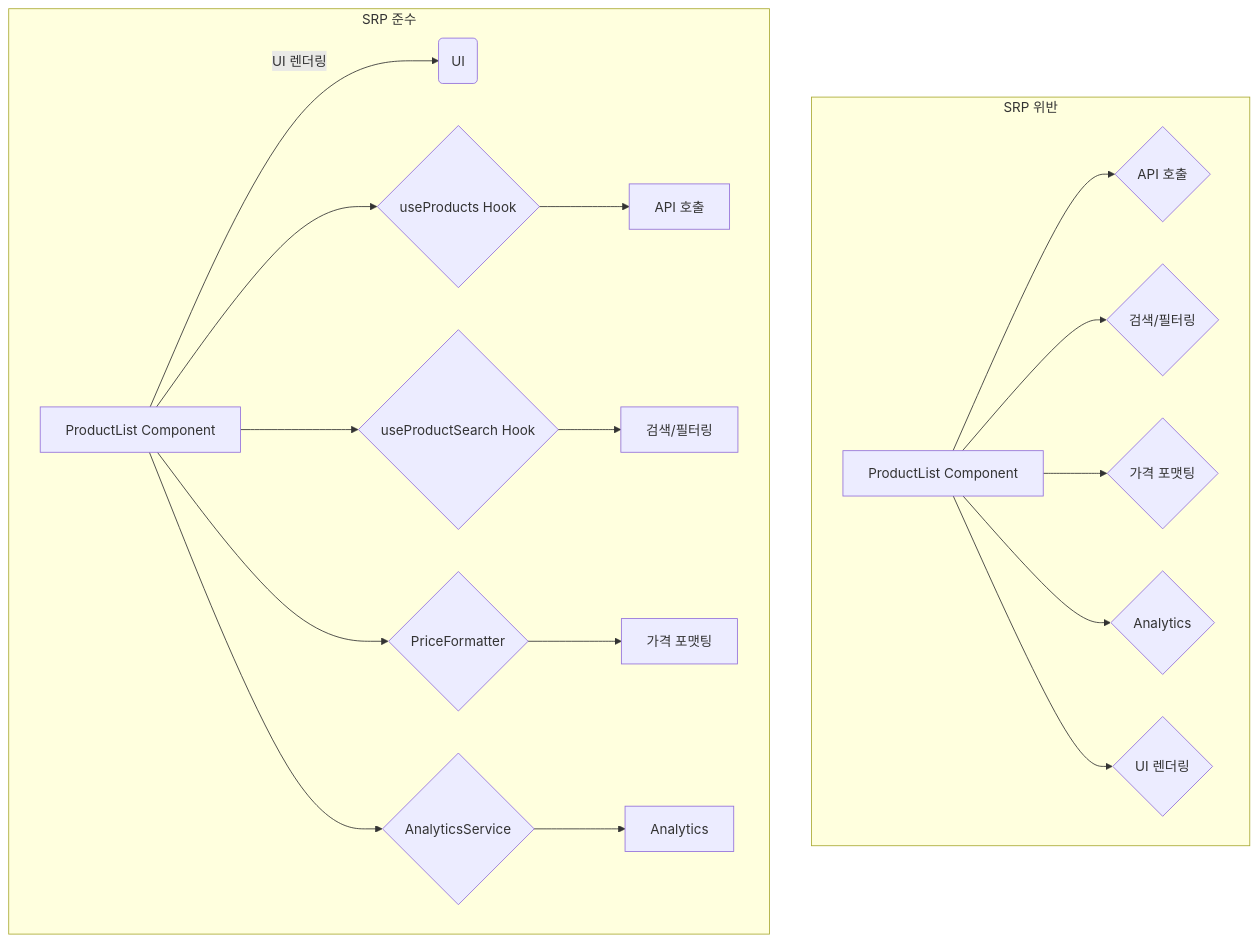
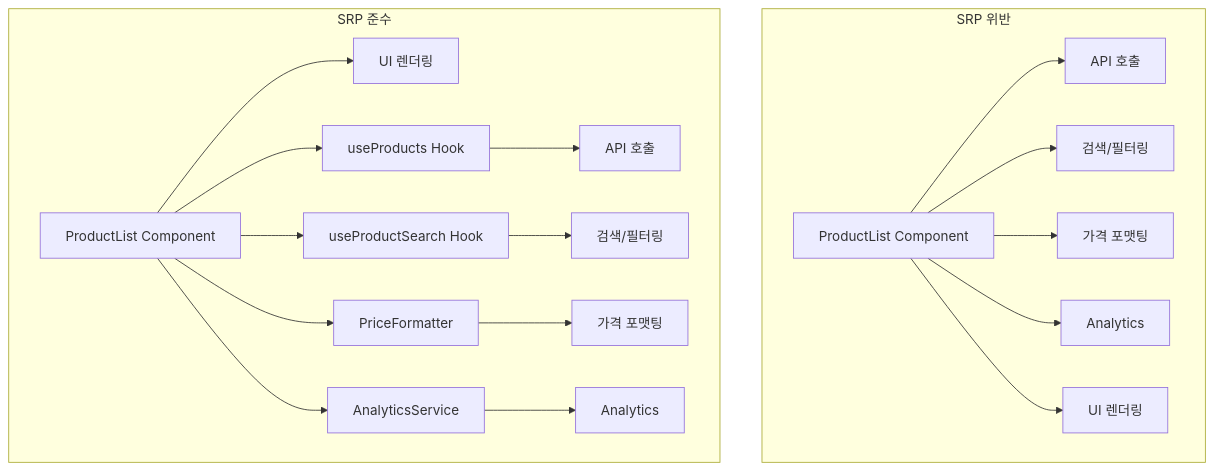
Before and after one commit to deokgoo/next-duck-blog: the first of 4 diagrams in data/blog/web/solid-principles-for-frontend-developers.mdx, drawn with Mermaid. The commit also changed other lines of this file and 4 other files, not shown here.

Commit message:
fix: solid-principles mermaid 수정, discuss 앱 설정 수정

````diff
--- a/data/blog/web/solid-principles-for-frontend-developers.mdx
+++ b/data/blog/web/solid-principles-for-frontend-developers.mdx
@@ -138,23 +138,23 @@
 ```mermaid
 graph TD
-    subgraph SRP 위반
+    subgraph BEFORE["SRP 위반"]
         A[ProductList Component]
-        A --> B{API 호출}
-        A --> C{검색/필터링}
-        A --> D{가격 포맷팅}
-        A --> E{Analytics}
-        A --> F{UI 렌더링}
+        A --> B["API 호출"]
+        A --> C["검색/필터링"]
+        A --> D["가격 포맷팅"]
+        A --> E["Analytics"]
+        A --> F["UI 렌더링"]
     end
 
-    subgraph SRP 준수
-        G[ProductList Component] -- UI 렌더링 --> H(UI)
-        G --> I{useProducts Hook}
-        G --> J{useProductSearch Hook}
-        I --> K[API 호출]
-        J --> L[검색/필터링]
-        G --> M{PriceFormatter}
-        M --> N[가격 포맷팅]
-        G --> O{AnalyticsService}
-        O --> P[Analytics]
+    subgraph AFTER["SRP 준수"]
+        G[ProductList Component] --> H["UI 렌더링"]
+        G --> I["useProducts Hook"]
+        G --> J["useProductSearch Hook"]
+        I --> K["API 호출"]
+        J --> L["검색/필터링"]
+        G --> M["PriceFormatter"]
+        M --> N["가격 포맷팅"]
+        G --> O["AnalyticsService"]
+        O --> P["Analytics"]
     end
 ```
````
